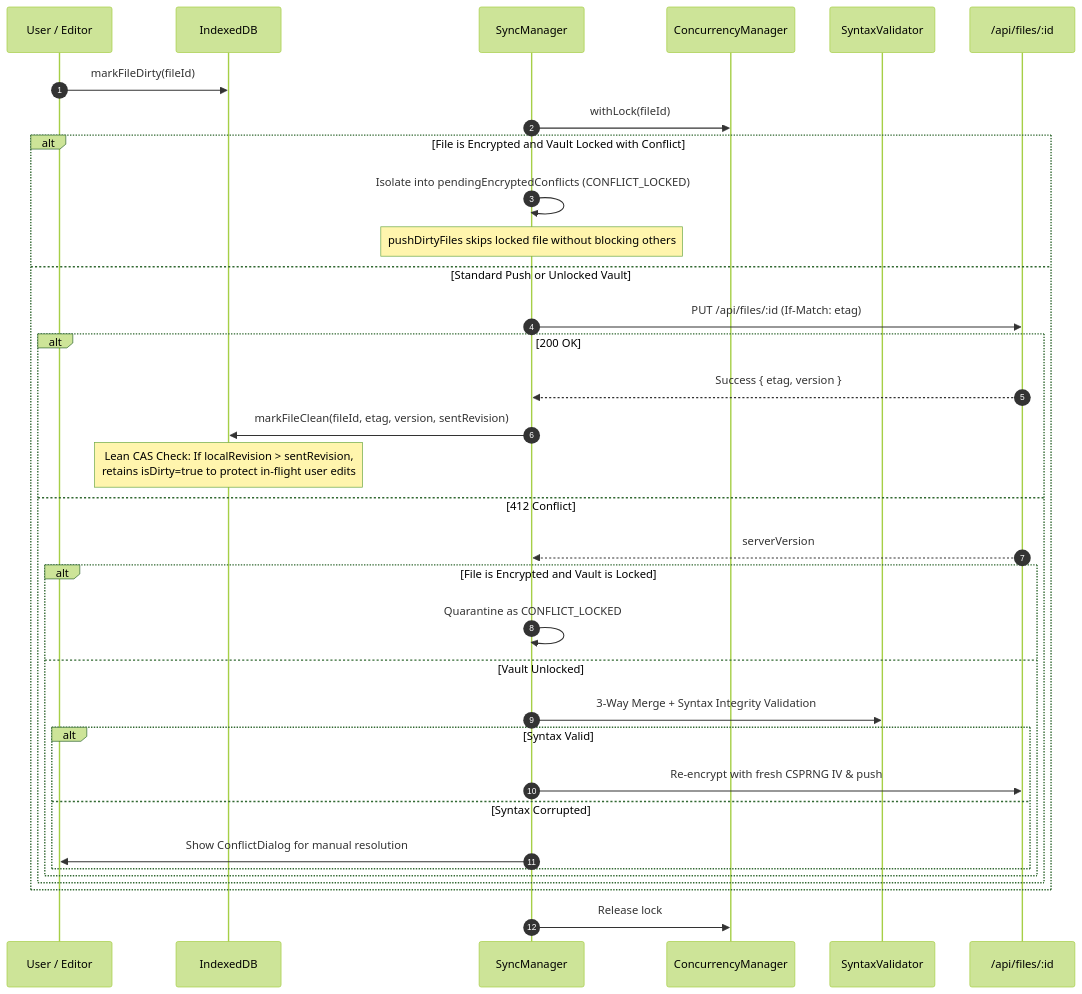
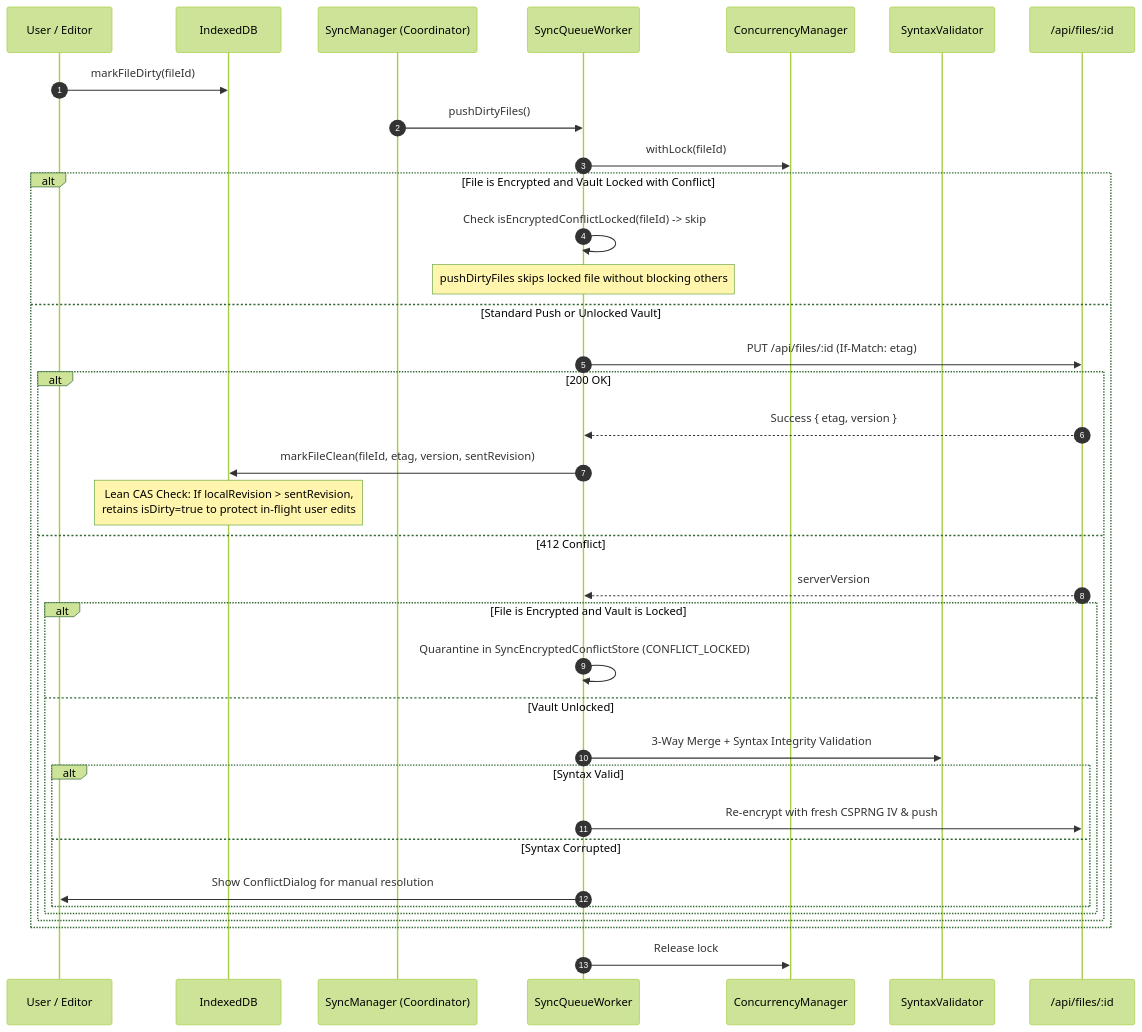
The second of 4 diagrams in docs/architecture/sync/sync-architecture-overview.md (Abdullah931-stack/LUGX), drawn with Mermaid (forest theme) before and after one commit. The commit also changed other lines of this file and 12 other files, not shown here.

First line of the commit message:
docs(phase-16): publish milestone closure dossier, update living sync specs, and release v1.44.0

````diff
--- a/docs/architecture/sync/sync-architecture-overview.md
+++ b/docs/architecture/sync/sync-architecture-overview.md
@@ -95,37 +99,39 @@
 ```mermaid
 sequenceDiagram
     autonumber
     participant UI as User / Editor
     participant IDB as IndexedDB
-    participant Sync as SyncManager
+    participant Sync as SyncManager (Coordinator)
+    participant Worker as SyncQueueWorker
     participant Lock as ConcurrencyManager
     participant Safe as SyntaxValidator
     participant API as /api/files/:id
 
     UI->>IDB: markFileDirty(fileId)
-    Sync->>Lock: withLock(fileId)
+    Sync->>Worker: pushDirtyFiles()
+    Worker->>Lock: withLock(fileId)
     alt File is Encrypted and Vault Locked with Conflict
-        Sync->>Sync: Isolate into pendingEncryptedConflicts (CONFLICT_LOCKED)
-        Note over Sync: pushDirtyFiles skips locked file without blocking others
+        Worker->>Worker: Check isEncryptedConflictLocked(fileId) -> skip
+        Note over Worker: pushDirtyFiles skips locked file without blocking others
     else Standard Push or Unlocked Vault
-        Sync->>API: PUT /api/files/:id (If-Match: etag)
+        Worker->>API: PUT /api/files/:id (If-Match: etag)
         alt 200 OK
-            API-->>Sync: Success { etag, version }
-            Sync->>IDB: markFileClean(fileId, etag, version, sentRevision)
+            API-->>Worker: Success { etag, version }
+            Worker->>IDB: markFileClean(fileId, etag, version, sentRevision)
             Note over IDB: Lean CAS Check: If localRevision > sentRevision,<br/>retains isDirty=true to protect in-flight user edits
         else 412 Conflict
-            API-->>Sync: serverVersion
+            API-->>Worker: serverVersion
             alt File is Encrypted and Vault is Locked
-                Sync->>Sync: Quarantine as CONFLICT_LOCKED
+                Worker->>Worker: Quarantine in SyncEncryptedConflictStore (CONFLICT_LOCKED)
             else Vault Unlocked
-                Sync->>Safe: 3-Way Merge + Syntax Integrity Validation
+                Worker->>Safe: 3-Way Merge + Syntax Integrity Validation
                 alt Syntax Valid
-                    Sync->>API: Re-encrypt with fresh CSPRNG IV & push
+                    Worker->>API: Re-encrypt with fresh CSPRNG IV & push
                 else Syntax Corrupted
-                    Sync->>UI: Show ConflictDialog for manual resolution
+                    Worker->>UI: Show ConflictDialog for manual resolution
                 end
             end
         end
     end
-    Sync->>Lock: Release lock
+    Worker->>Lock: Release lock
 ```
````
